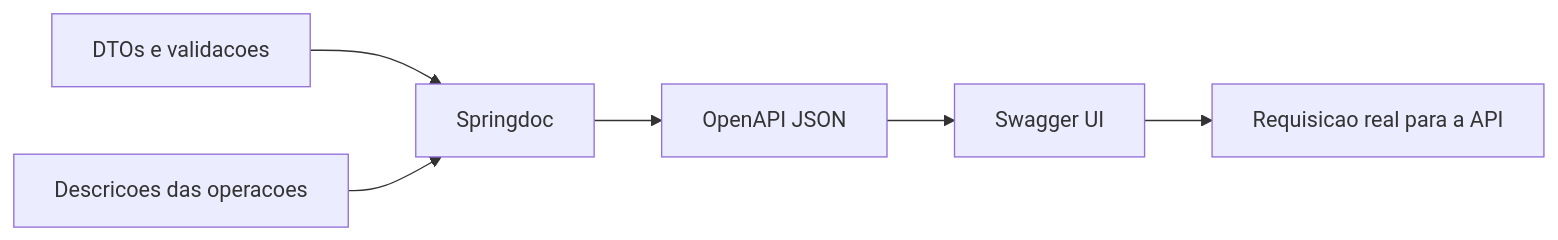
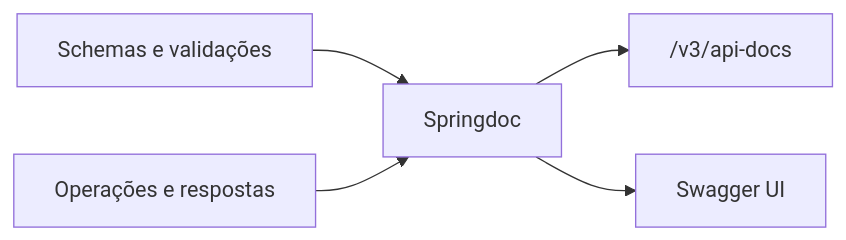
The first of 2 diagrams in docs/06-openapi-swagger.md (e24Dev/CaixaDeSugestoes), drawn with Mermaid before and after one commit. The commit also changed other lines of this file and 17 other files, not shown here.

````diff
--- a/docs/06-openapi-swagger.md
+++ b/docs/06-openapi-swagger.md
@@ -15,8 +13,7 @@
 ```mermaid
 flowchart LR
-    dto["DTOs e validacoes"] --> springdoc["Springdoc"]
-    anotacoes["Descricoes das operacoes"] --> springdoc
-    springdoc --> json["OpenAPI JSON"]
-    json --> swagger["Swagger UI"]
-    swagger --> api["Requisicao real para a API"]
+    DTO["Schemas e validações"] --> Springdoc["Springdoc"]
+    Rotas["Operações e respostas"] --> Springdoc
+    Springdoc --> JSON["/v3/api-docs"]
+    Springdoc --> UI["Swagger UI"]
 ```
````
